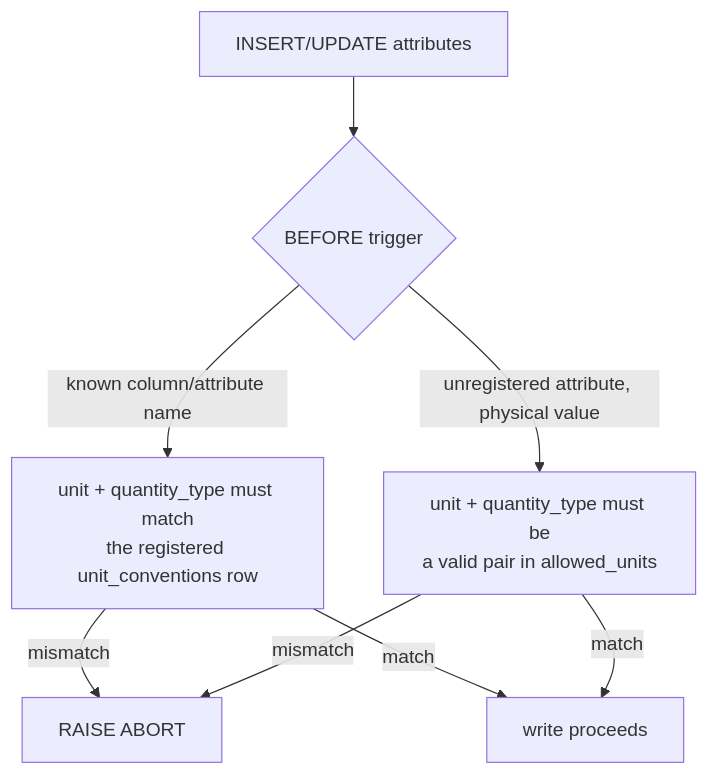
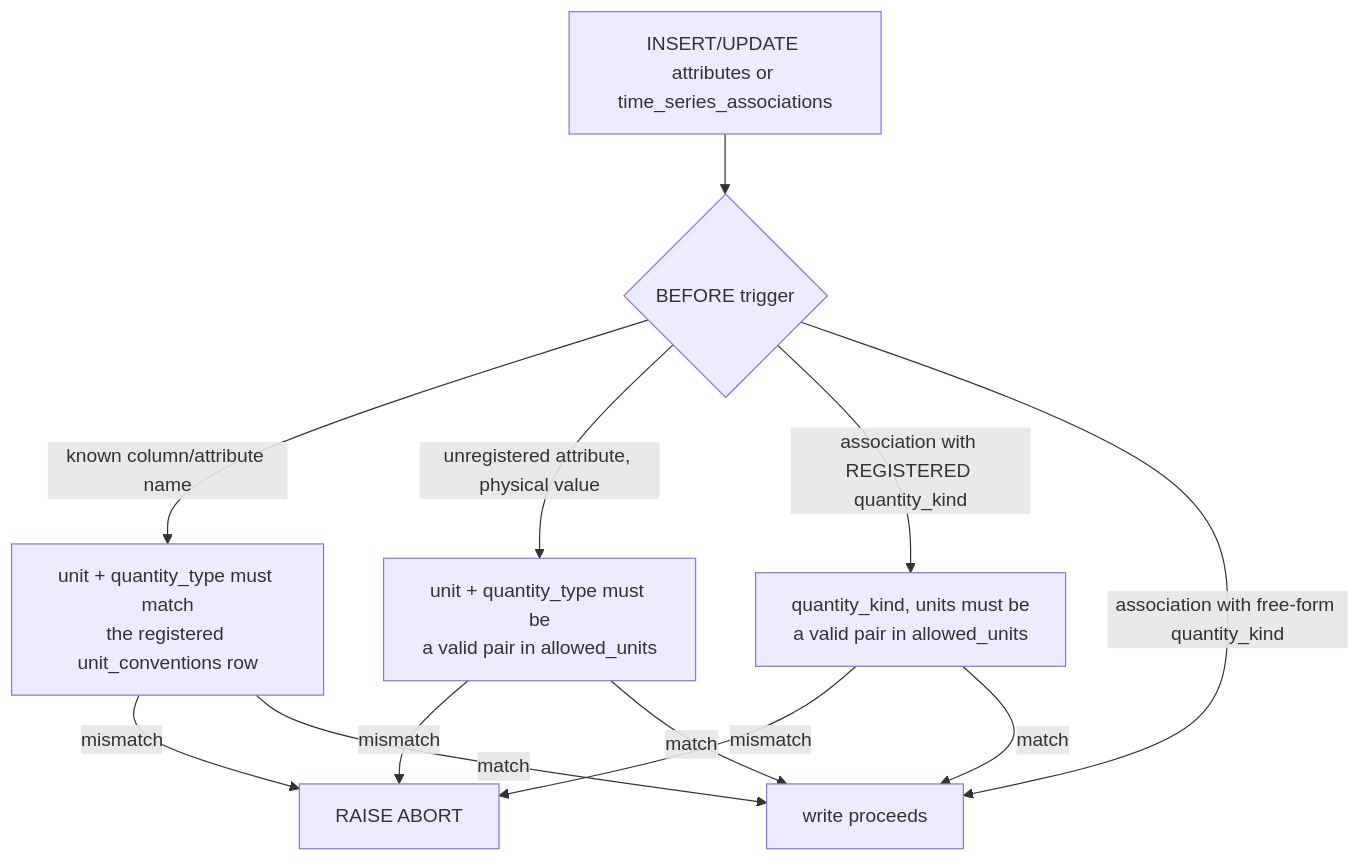
One commit to Sienna-Platform/SiennaGridDB changed the third of 4 diagrams in docs/units-architecture.md. Above: the diagram before and after it, drawn with Mermaid. The commit also changed other lines of this file and 5 other files, not shown here.

First line of the commit message:
Rework time-series associations to mirror infrastore's catalog

````diff
--- a/docs/units-architecture.md
+++ b/docs/units-architecture.md
@@ -99,10 +122,14 @@
 ```mermaid
 flowchart TD
-    W[INSERT/UPDATE attributes] --> T{BEFORE trigger}
+    W[INSERT/UPDATE attributes or time_series_associations] --> T{BEFORE trigger}
     T -->|known column/attribute name| M[unit + quantity_type must match\nthe registered unit_conventions row]
     T -->|unregistered attribute, physical value| A[unit + quantity_type must be\na valid pair in allowed_units]
+    T -->|association with REGISTERED quantity_kind| V[quantity_kind, units must be\na valid pair in allowed_units]
+    T -->|association with free-form quantity_kind| OK
     M -->|mismatch| X[RAISE ABORT]
     A -->|mismatch| X
+    V -->|mismatch| X
     M -->|match| OK[write proceeds]
     A -->|match| OK
+    V -->|match| OK
 ```
````
